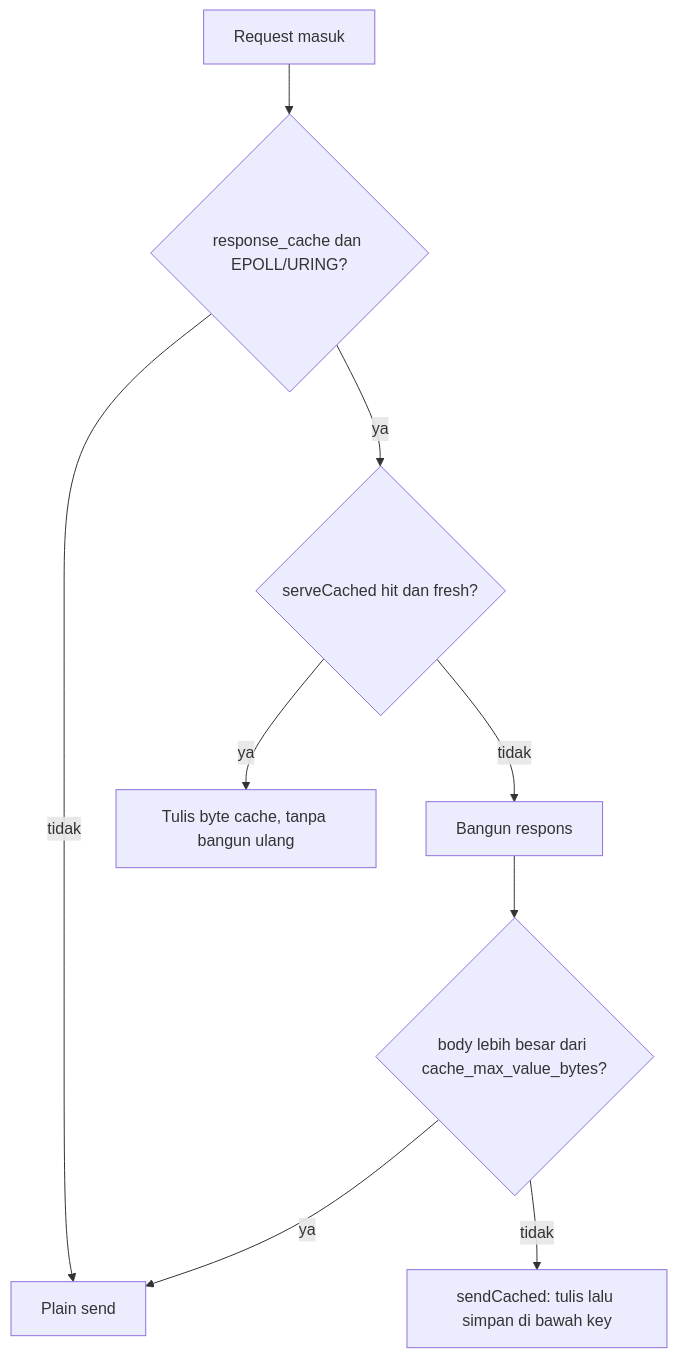
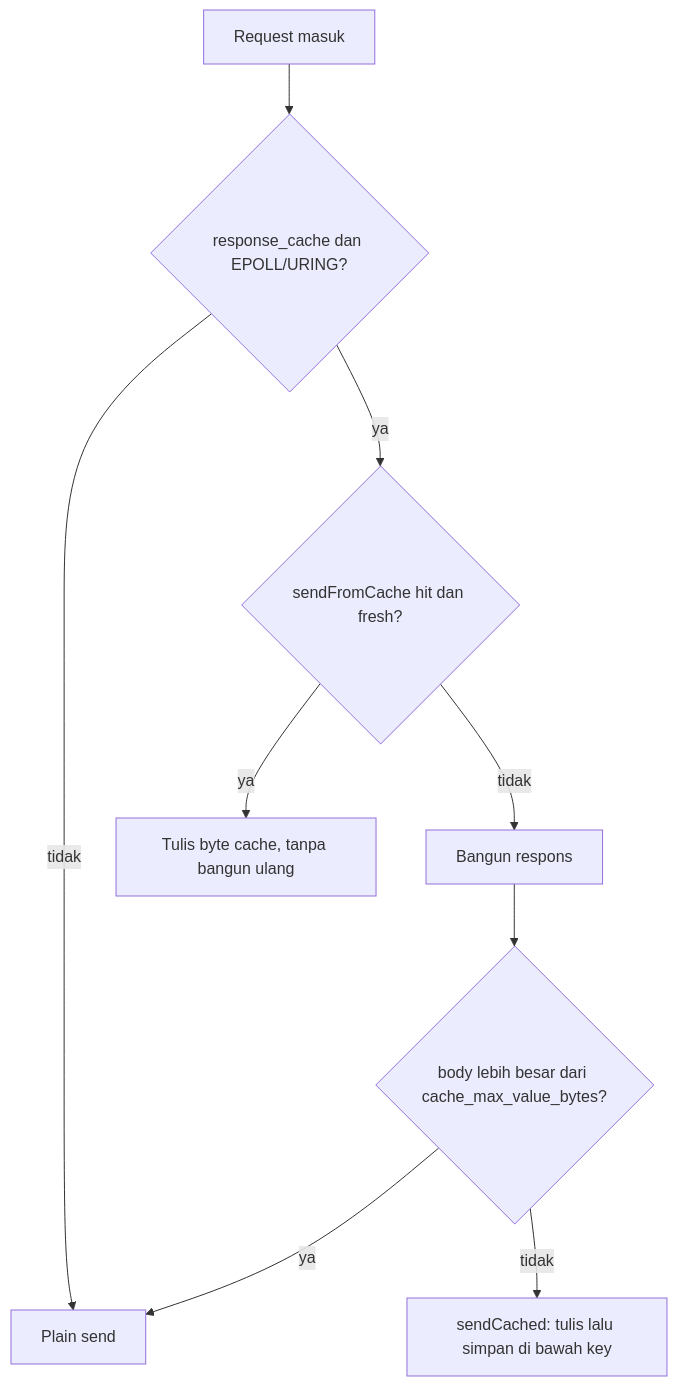
The first of 2 diagrams in README-id.md (prothegee/zix), drawn with Mermaid before and after one commit. The commit also changed other lines of this file and 1 other file, not shown here.

````diff
--- a/README-id.md
+++ b/README-id.md
@@ -1419,11 +1417,11 @@
 ```mermaid
 flowchart TD
     A[Request masuk] --> B{response_cache dan EPOLL/URING?}
     B -- tidak --> P[Plain send]
-    B -- ya --> C{serveCached hit dan fresh?}
+    B -- ya --> C{sendFromCache hit dan fresh?}
     C -- ya --> W[Tulis byte cache, tanpa bangun ulang]
     C -- tidak --> D[Bangun respons]
     D --> E{body lebih besar dari cache_max_value_bytes?}
     E -- ya --> P
     E -- tidak --> S[sendCached: tulis lalu simpan di bawah key]
 ```
````
